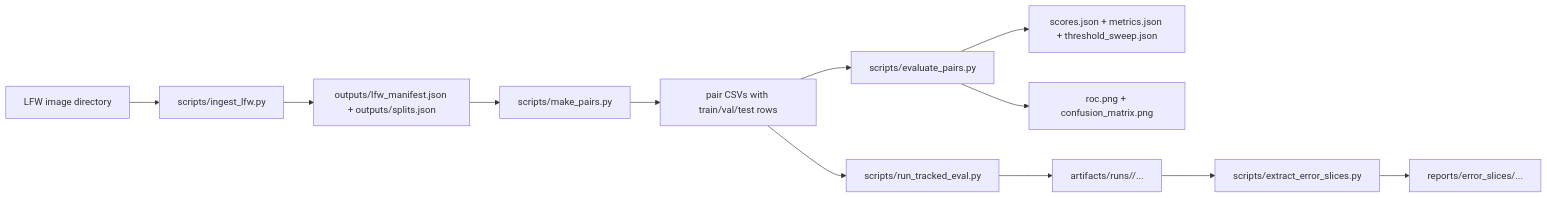
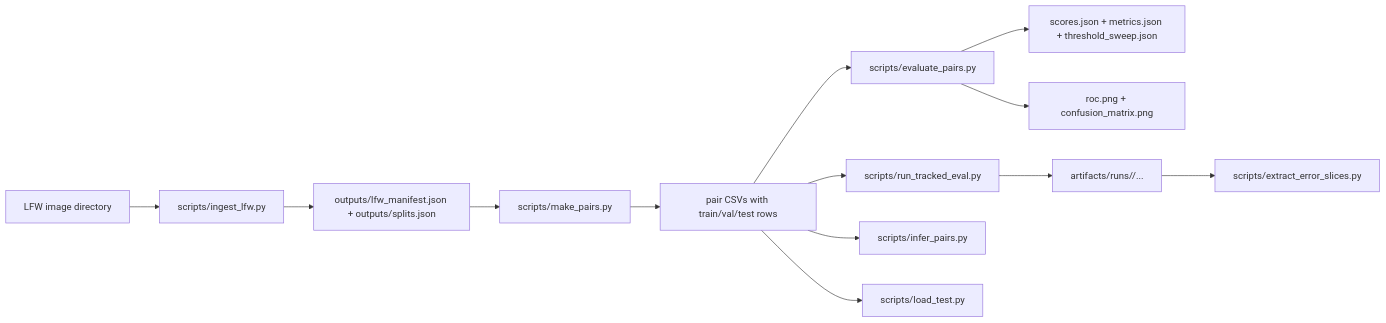
Before and after one commit to benanstrom/Faceoff_MSAI605: the diagram in README.md, drawn with Mermaid. The commit also changed other lines of this file and 9 other files, not shown here.

````diff
--- a/README.md
+++ b/README.md
@@ -33,14 +28,15 @@
 ```mermaid
 flowchart LR
     A[LFW image directory] --> B[scripts/ingest_lfw.py]
     B --> C[outputs/lfw_manifest.json + outputs/splits.json]
     C --> D[scripts/make_pairs.py]
     D --> E[pair CSVs with train/val/test rows]
     E --> F[scripts/evaluate_pairs.py]
     F --> G[scores.json + metrics.json + threshold_sweep.json]
     F --> H[roc.png + confusion_matrix.png]
     E --> I[scripts/run_tracked_eval.py]
     I --> J[artifacts/runs/<run_id>/...]
     J --> K[scripts/extract_error_slices.py]
-    K --> L[reports/error_slices/...]
+    E --> L[scripts/infer_pairs.py]
+    E --> M[scripts/load_test.py]
 ```
````
